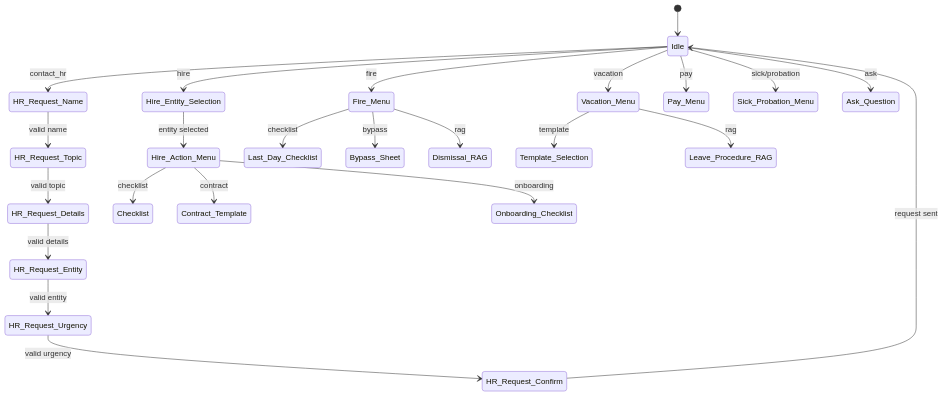
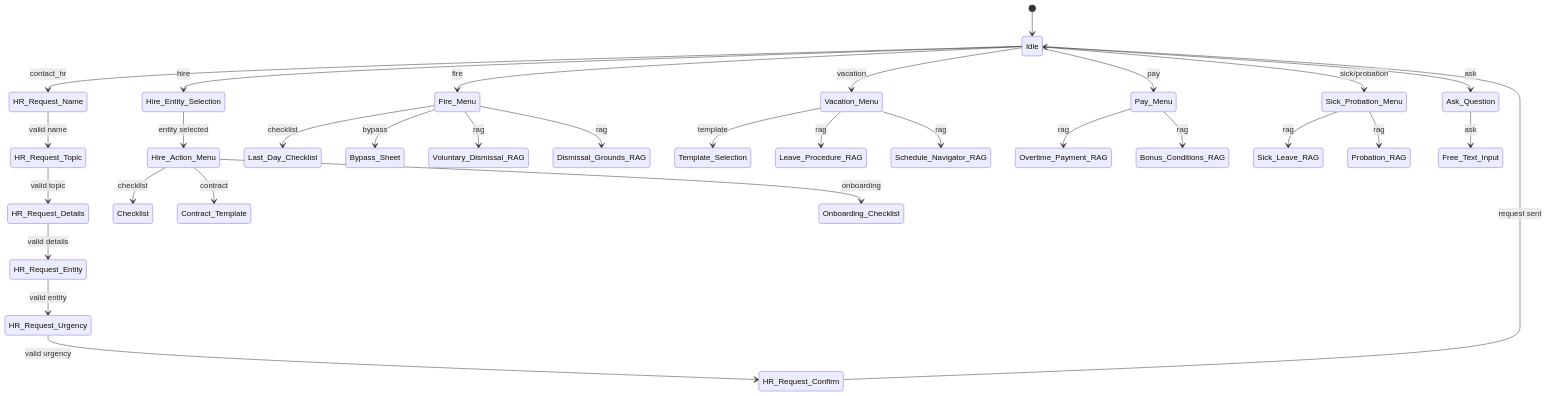
One commit to ognelis/cafetera_hr_bot changed the seventh of 12 diagrams in .qoder/repowiki/en/content/VK Integration/HR Request Processing System.md. Above: the diagram before and after it, drawn with Mermaid. The commit also changed other lines of this file and 14 other files, not shown here.

````diff
--- a/.qoder/repowiki/en/content/VK Integration/HR Request Processing System.md
+++ b/.qoder/repowiki/en/content/VK Integration/HR Request Processing System.md
@@ -365,26 +377,33 @@
 ```mermaid
 stateDiagram-v2
 [*] --> Idle
 Idle --> HR_Request_Name : contact_hr
 Idle --> Hire_Entity_Selection : hire
 Idle --> Fire_Menu : fire
 Idle --> Vacation_Menu : vacation
 Idle --> Pay_Menu : pay
 Idle --> Sick_Probation_Menu : sick/probation
 Idle --> Ask_Question : ask
 HR_Request_Name --> HR_Request_Topic : valid name
 HR_Request_Topic --> HR_Request_Details : valid topic
 HR_Request_Details --> HR_Request_Entity : valid details
 HR_Request_Entity --> HR_Request_Urgency : valid entity
 HR_Request_Urgency --> HR_Request_Confirm : valid urgency
 HR_Request_Confirm --> Idle : request sent
 Hire_Entity_Selection --> Hire_Action_Menu : entity selected
 Hire_Action_Menu --> Checklist : checklist
 Hire_Action_Menu --> Contract_Template : contract
 Hire_Action_Menu --> Onboarding_Checklist : onboarding
 Fire_Menu --> Last_Day_Checklist : checklist
 Fire_Menu --> Bypass_Sheet : bypass
-Fire_Menu --> Dismissal_RAG : rag
+Fire_Menu --> Voluntary_Dismissal_RAG : rag
+Fire_Menu --> Dismissal_Grounds_RAG : rag
 Vacation_Menu --> Template_Selection : template
 Vacation_Menu --> Leave_Procedure_RAG : rag
+Vacation_Menu --> Schedule_Navigator_RAG : rag
+Pay_Menu --> Overtime_Payment_RAG : rag
+Pay_Menu --> Bonus_Conditions_RAG : rag
+Sick_Probation_Menu --> Sick_Leave_RAG : rag
+Sick_Probation_Menu --> Probation_RAG : rag
+Ask_Question --> Free_Text_Input : ask
 ```
````
